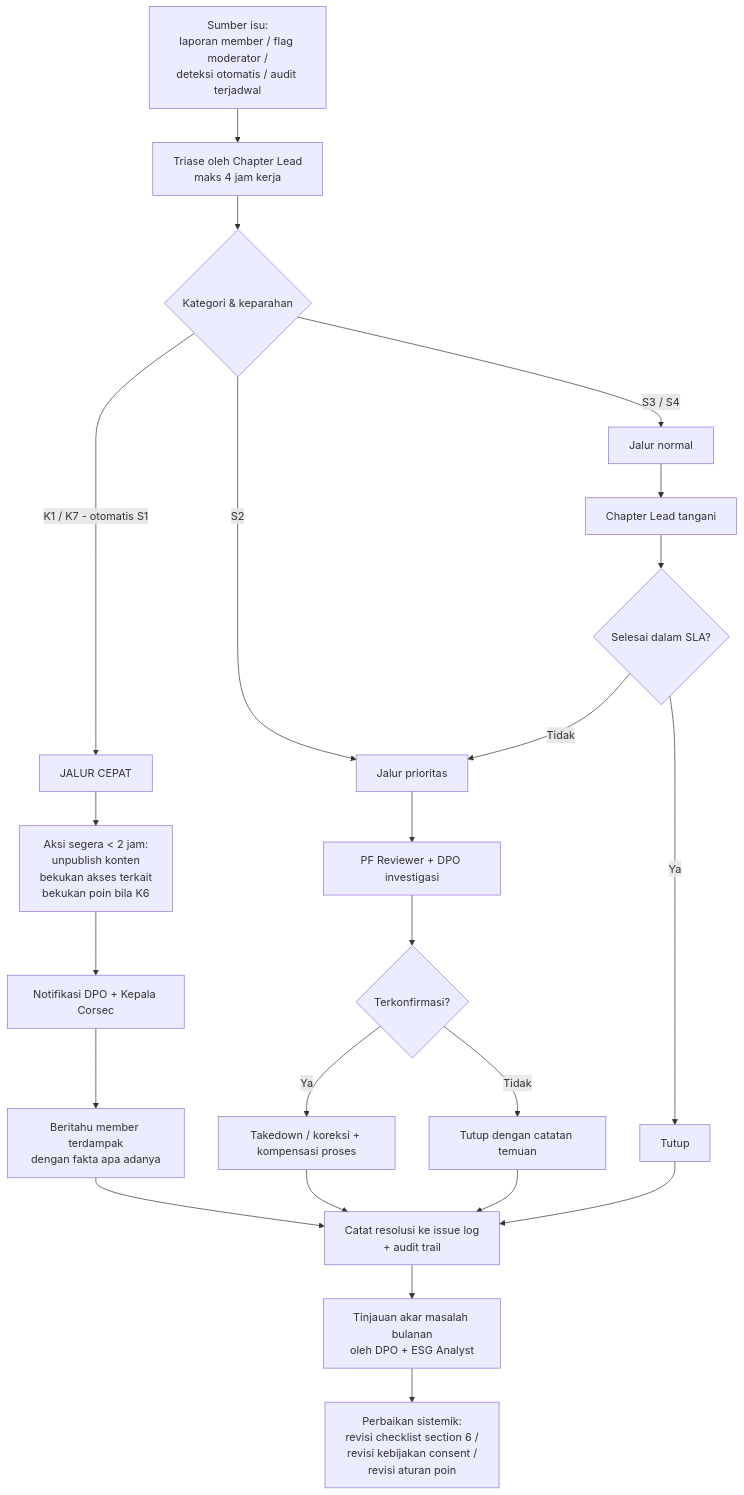
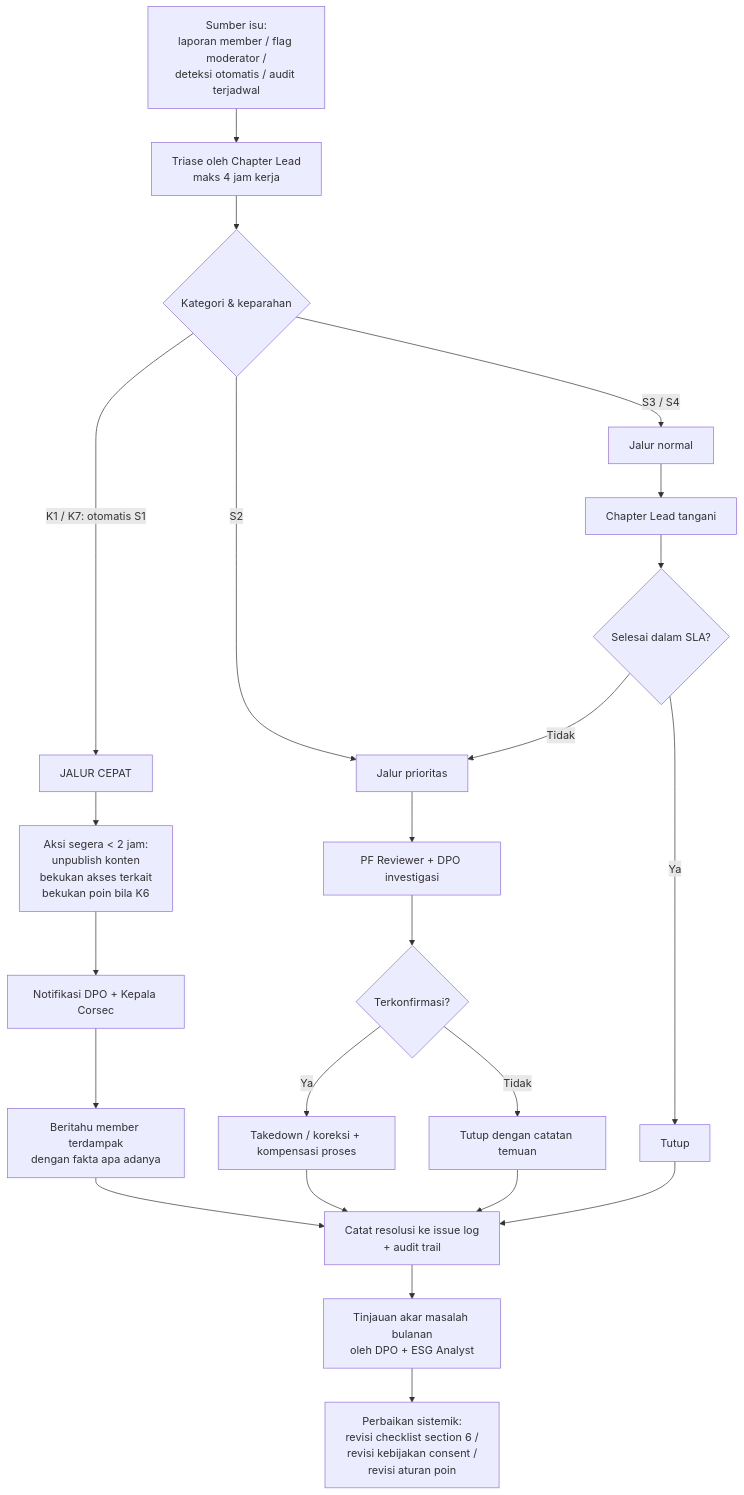
Before and after one commit to raflyzainn/pfriends: the third of 4 diagrams in docs/04-ESG-GOVERNANCE.md, drawn with Mermaid. The commit also changed other lines of this file and 266 other files, not shown here.

````diff
--- a/docs/04-ESG-GOVERNANCE.md
+++ b/docs/04-ESG-GOVERNANCE.md
@@ -618,31 +618,31 @@
 ```mermaid
 flowchart TD
     S1["Sumber isu:<br/>laporan member / flag moderator /<br/>deteksi otomatis / audit terjadwal"] --> T["Triase oleh Chapter Lead<br/>maks 4 jam kerja"]
 
     T --> K{"Kategori & keparahan"}
 
-    K -->|"K1 / K7 - otomatis S1"| P1["JALUR CEPAT"]
+    K -->|"K1 / K7: otomatis S1"| P1["JALUR CEPAT"]
     K -->|"S2"| P2["Jalur prioritas"]
     K -->|"S3 / S4"| P3["Jalur normal"]
 
     P1 --> A1["Aksi segera < 2 jam:<br/>unpublish konten<br/>bekukan akses terkait<br/>bekukan poin bila K6"]
     A1 --> A2["Notifikasi DPO + Kepala Corsec"]
     A2 --> A3["Beritahu member terdampak<br/>dengan fakta apa adanya"]
     A3 --> R
 
     P2 --> B1["PF Reviewer + DPO investigasi"]
     B1 --> B2{"Terkonfirmasi?"}
     B2 -->|Ya| B3["Takedown / koreksi + kompensasi proses"]
     B2 -->|Tidak| B4["Tutup dengan catatan temuan"]
     B3 --> R
     B4 --> R
 
     P3 --> C1["Chapter Lead tangani"]
     C1 --> C2{"Selesai dalam SLA?"}
     C2 -->|Ya| C3["Tutup"]
     C2 -->|Tidak| P2
     C3 --> R
 
     R["Catat resolusi ke issue log<br/>+ audit trail"] --> RC["Tinjauan akar masalah bulanan<br/>oleh DPO + ESG Analyst"]
     RC --> RF["Perbaikan sistemik:<br/>revisi checklist section 6 /<br/>revisi kebijakan consent /<br/>revisi aturan poin"]
 ```
````
